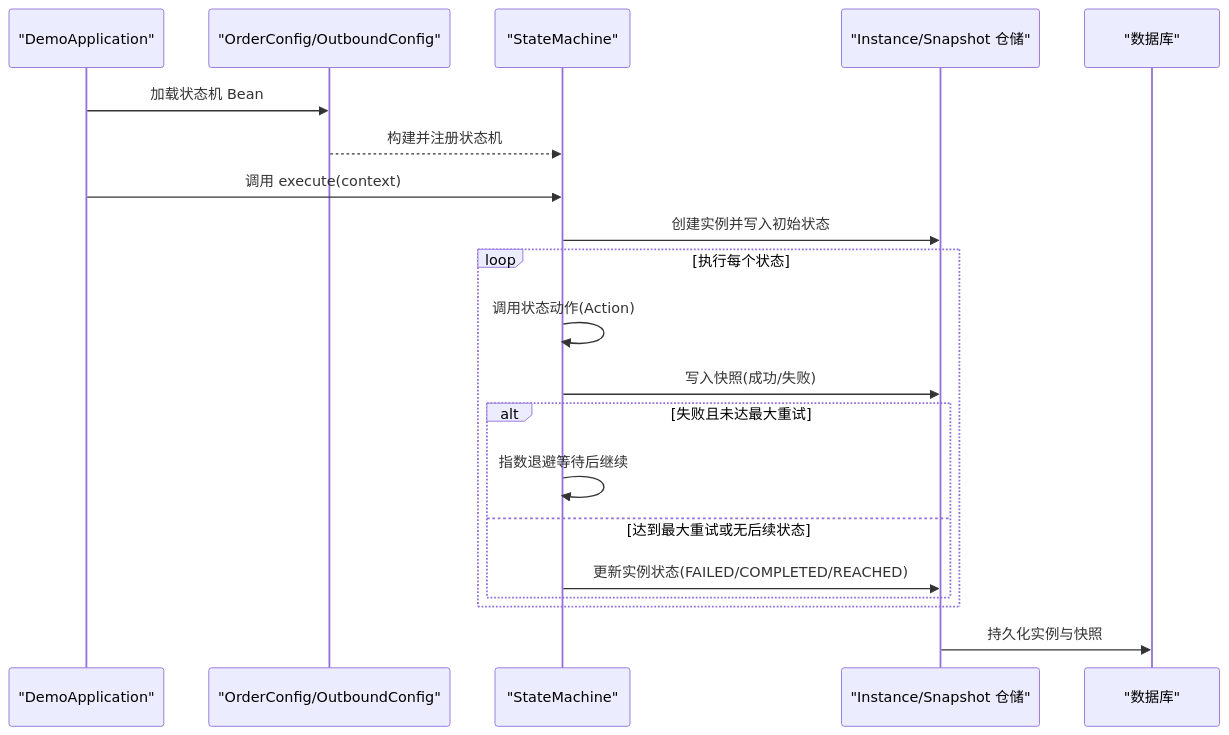
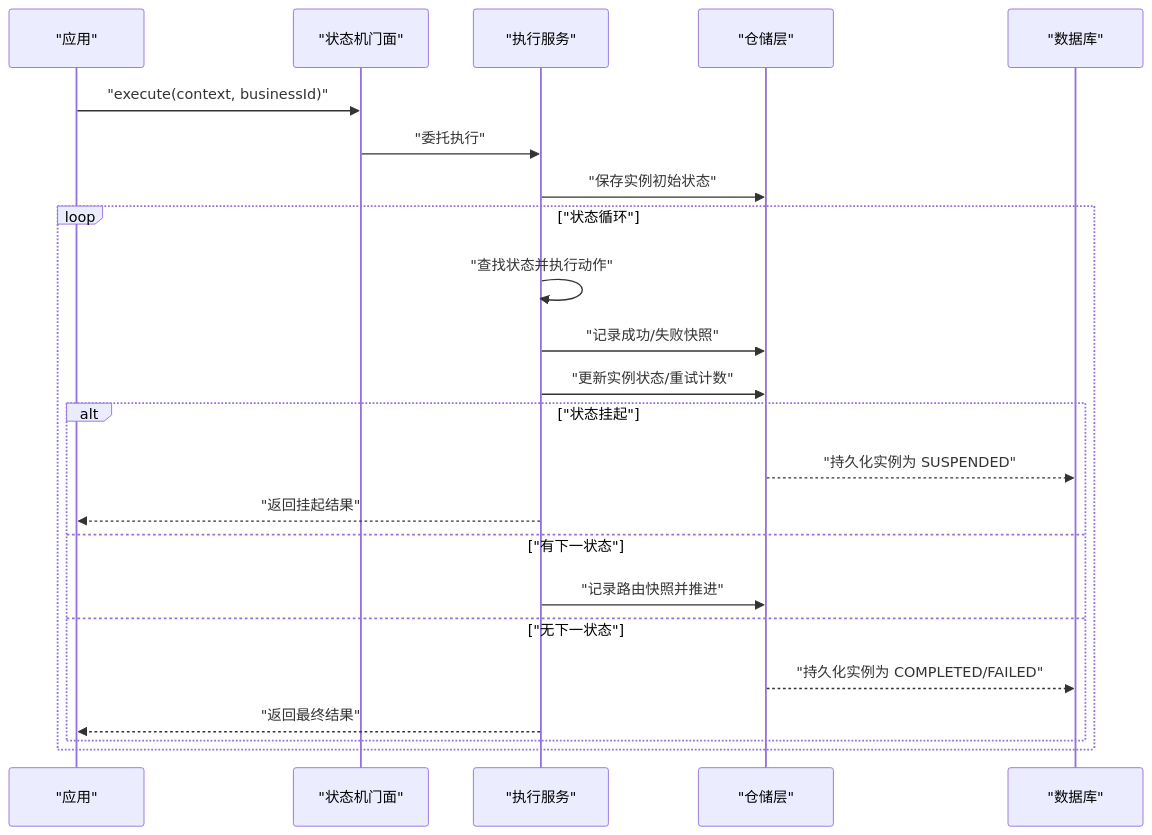
One commit to xiaoche80s-tech/state-machine-parent changed the second of 4 diagrams in .qoder/repowiki/zh/content/快速开始.md. Above: the diagram before and after it, drawn with Mermaid. The commit also changed other lines of this file and 97 other files, not shown here.

````diff
--- a/.qoder/repowiki/zh/content/快速开始.md
+++ b/.qoder/repowiki/zh/content/快速开始.md
@@ -100,22 +100,25 @@
 ```mermaid
 sequenceDiagram
-participant App as "DemoApplication"
-participant Cfg as "OrderConfig/OutboundConfig"
-participant SM as "StateMachine"
-participant Repo as "Instance/Snapshot 仓储"
+participant App as "应用"
+participant Facade as "状态机门面"
+participant Exec as "执行服务"
+participant Repo as "仓储层"
 participant DB as "数据库"
-App->>Cfg : 加载状态机 Bean
-Cfg-->>SM : 构建并注册状态机
-App->>SM : 调用 execute(context)
-SM->>Repo : 创建实例并写入初始状态
-loop 执行每个状态
-SM->>SM : 调用状态动作(Action)
-SM->>Repo : 写入快照(成功/失败)
-alt 失败且未达最大重试
-SM->>SM : 指数退避等待后继续
-else 达到最大重试或无后续状态
-SM->>Repo : 更新实例状态(FAILED/COMPLETED/REACHED)
+App->>Facade : "execute(context, businessId)"
+Facade->>Exec : "委托执行"
+Exec->>Repo : "保存实例初始状态"
+loop "状态循环"
+Exec->>Exec : "查找状态并执行动作"
+Exec->>Repo : "记录成功/失败快照"
+Exec->>Repo : "更新实例状态/重试计数"
+alt "状态挂起"
+Repo-->>DB : "持久化实例为 SUSPENDED"
+Exec-->>App : "返回挂起结果"
+else "有下一状态"
+Exec->>Repo : "记录路由快照并推进"
+else "无下一状态"
+Repo-->>DB : "持久化实例为 COMPLETED/FAILED"
+Exec-->>App : "返回最终结果"
 end
 end
-Repo->>DB : 持久化实例与快照
 ```
````
